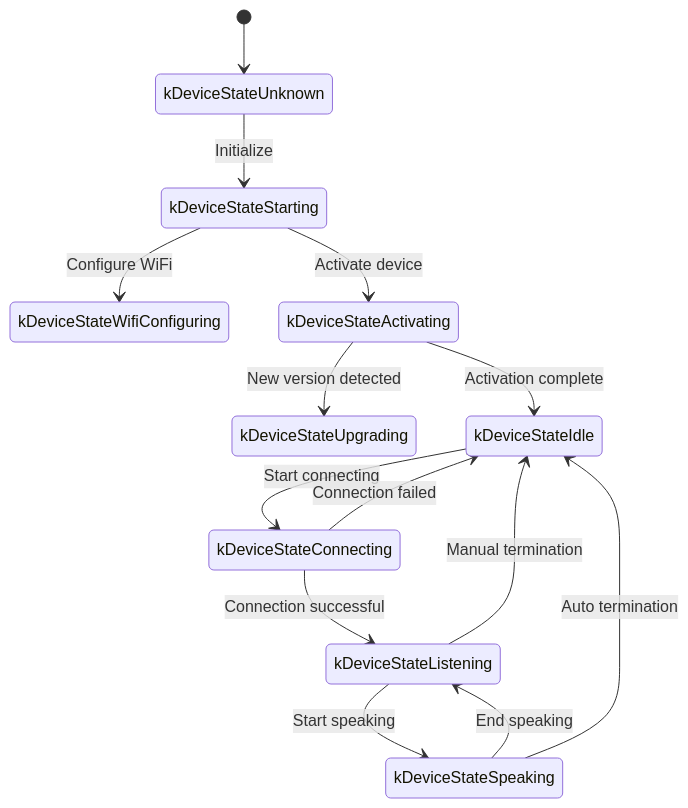
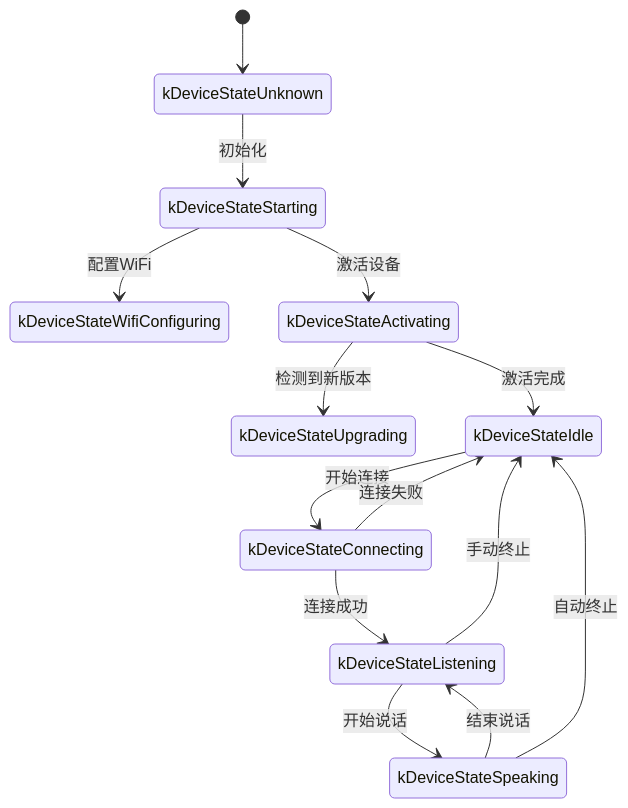
Before and after one commit to SiIverHusky/SantaTest: the first of 2 diagrams in docs/websocket.md, drawn with Mermaid. The commit also changed other lines of this file and 55 other files, not shown here.

````diff
--- a/docs/websocket.md
+++ b/docs/websocket.md
@@ -331,17 +329,17 @@
 ```mermaid
 stateDiagram
   direction TB
   [*] --> kDeviceStateUnknown
-  kDeviceStateUnknown --> kDeviceStateStarting: Initialize
-  kDeviceStateStarting --> kDeviceStateWifiConfiguring: Configure WiFi
-  kDeviceStateStarting --> kDeviceStateActivating: Activate device
-  kDeviceStateActivating --> kDeviceStateUpgrading: New version detected
-  kDeviceStateActivating --> kDeviceStateIdle: Activation complete
-  kDeviceStateIdle --> kDeviceStateConnecting: Start connecting
-  kDeviceStateConnecting --> kDeviceStateIdle: Connection failed
-  kDeviceStateConnecting --> kDeviceStateListening: Connection successful
-  kDeviceStateListening --> kDeviceStateSpeaking: Start speaking
-  kDeviceStateSpeaking --> kDeviceStateListening: End speaking
-  kDeviceStateListening --> kDeviceStateIdle: Manual termination
-  kDeviceStateSpeaking --> kDeviceStateIdle: Auto termination
+  kDeviceStateUnknown --> kDeviceStateStarting:初始化
+  kDeviceStateStarting --> kDeviceStateWifiConfiguring:配置WiFi
+  kDeviceStateStarting --> kDeviceStateActivating:激活设备
+  kDeviceStateActivating --> kDeviceStateUpgrading:检测到新版本
+  kDeviceStateActivating --> kDeviceStateIdle:激活完成
+  kDeviceStateIdle --> kDeviceStateConnecting:开始连接
+  kDeviceStateConnecting --> kDeviceStateIdle:连接失败
+  kDeviceStateConnecting --> kDeviceStateListening:连接成功
+  kDeviceStateListening --> kDeviceStateSpeaking:开始说话
+  kDeviceStateSpeaking --> kDeviceStateListening:结束说话
+  kDeviceStateListening --> kDeviceStateIdle:手动终止
+  kDeviceStateSpeaking --> kDeviceStateIdle:自动终止
 ```
````
